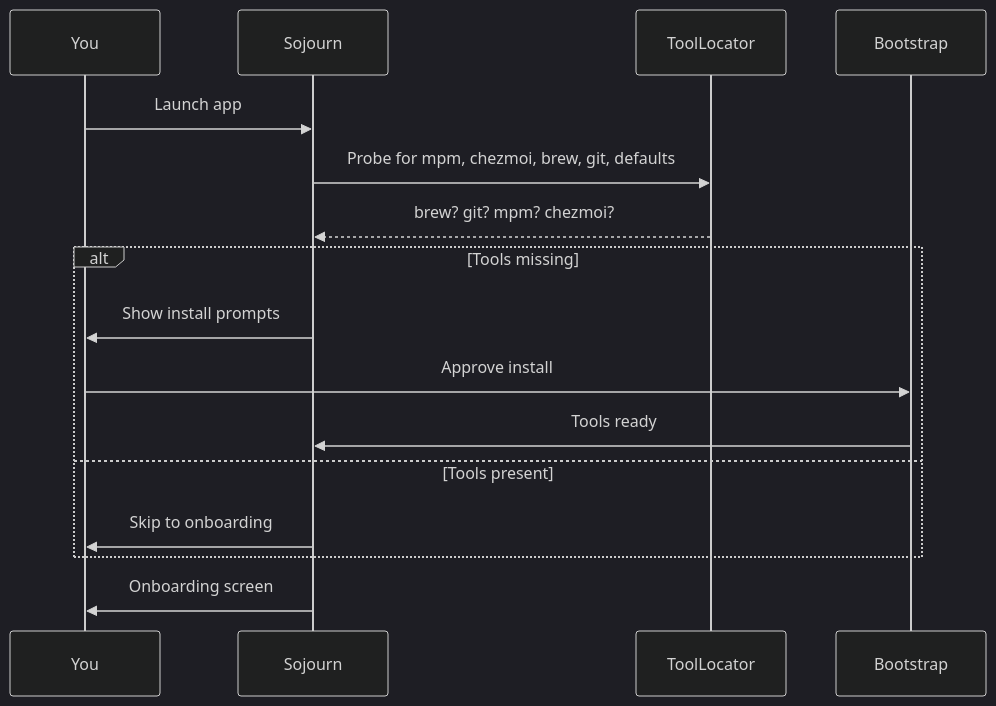
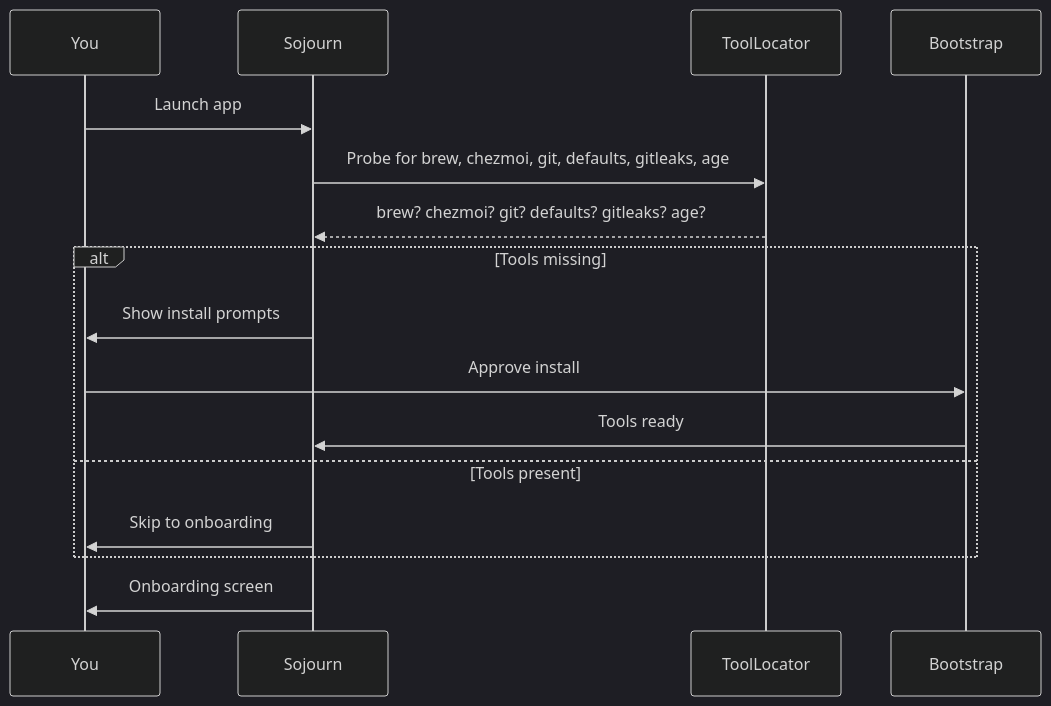
The diagram in docs/start/01-install.md (Bizarre-Industries/Sojourn), drawn with Mermaid (dark theme) before and after one commit. The commit also changed other lines of this file and 25 other files, not shown here.

````diff
--- a/docs/start/01-install.md
+++ b/docs/start/01-install.md
@@ -34,18 +33,18 @@
 ```mermaid
 sequenceDiagram
     participant U as You
     participant S as Sojourn
     participant L as ToolLocator
     participant B as Bootstrap
     U->>S: Launch app
-    S->>L: Probe for mpm, chezmoi, brew, git, defaults
-    L-->>S: brew? git? mpm? chezmoi?
+    S->>L: Probe for brew, chezmoi, git, defaults, gitleaks, age
+    L-->>S: brew? chezmoi? git? defaults? gitleaks? age?
     alt Tools missing
         S->>U: Show install prompts
         U->>B: Approve install
         B->>S: Tools ready
     else Tools present
         S->>U: Skip to onboarding
     end
     S->>U: Onboarding screen
 ```
````
